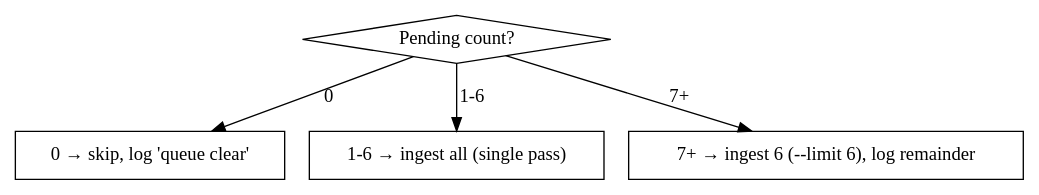
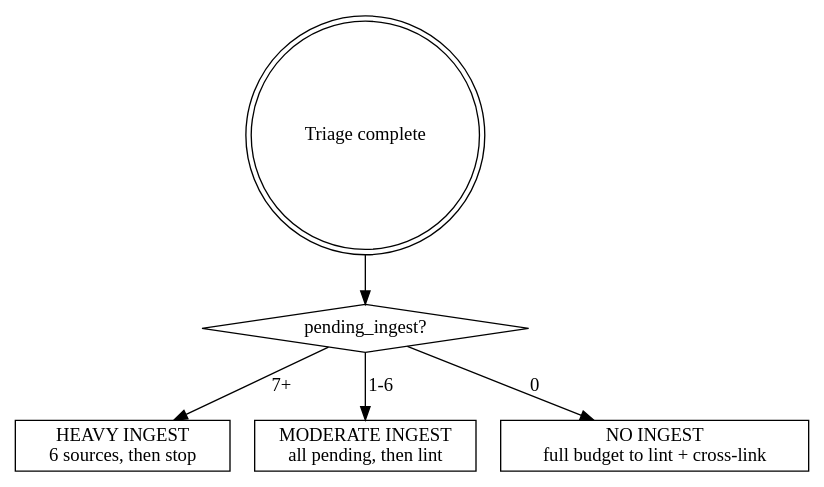
The diagram in .claude/skills/daily-update/SKILL.md (Thedougler/shattered-sea-wiki), drawn with Graphviz before and after one commit. The commit also changed other lines of this file, not shown here.

First line of the commit message:
refactor: daily-update skill — dynamic budget allocation

````diff
--- a/.claude/skills/daily-update/SKILL.md
+++ b/.claude/skills/daily-update/SKILL.md
@@ -72,12 +62,15 @@
 ```dot
-digraph ingest_gate {
-  "Pending count?" [shape=diamond];
-  "0 → skip, log 'queue clear'" [shape=box];
-  "1-6 → ingest all (single pass)" [shape=box];
-  "7+ → ingest 6 (--limit 6), log remainder" [shape=box];
+digraph budget {
+  "Triage complete" [shape=doublecircle];
+  "pending_ingest?" [shape=diamond];
 
-  "Pending count?" -> "0 → skip, log 'queue clear'" [label="0"];
-  "Pending count?" -> "1-6 → ingest all (single pass)" [label="1-6"];
-  "Pending count?" -> "7+ → ingest 6 (--limit 6), log remainder" [label="7+"];
+  "HEAVY INGEST\n6 sources, then stop" [shape=box];
+  "MODERATE INGEST\nall pending, then lint" [shape=box];
+  "NO INGEST\nfull budget to lint + cross-link" [shape=box];
+
+  "Triage complete" -> "pending_ingest?";
+  "pending_ingest?" -> "HEAVY INGEST\n6 sources, then stop" [label="7+"];
+  "pending_ingest?" -> "MODERATE INGEST\nall pending, then lint" [label="1-6"];
+  "pending_ingest?" -> "NO INGEST\nfull budget to lint + cross-link" [label="0"];
 }
 ```
````
